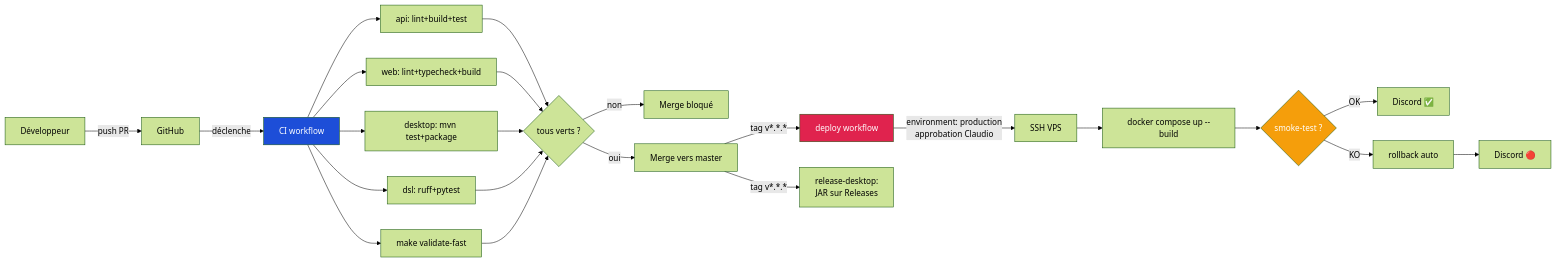
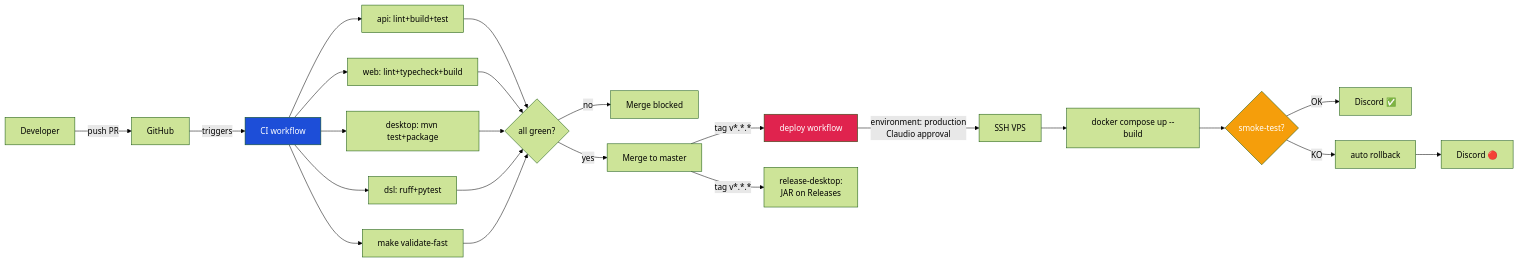
Diagram 20 of 21 in docs/ARCHITECTURE.md (creibaud/QuartierConnect), drawn with Mermaid (forest theme) before and after one commit. The commit also changed other lines of this file and 155 other files, not shown here.

````diff
--- a/docs/ARCHITECTURE.md
+++ b/docs/ARCHITECTURE.md
@@ -824,29 +824,29 @@
 ```mermaid
 graph LR
-    DEV[Développeur] -->|push PR| GH[GitHub]
-    GH -->|déclenche| CI[CI workflow]
+    DEV[Developer] -->|push PR| GH[GitHub]
+    GH -->|triggers| CI[CI workflow]
 
     CI --> J1[api: lint+build+test]
     CI --> J2[web: lint+typecheck+build]
     CI --> J3[desktop: mvn test+package]
     CI --> J4[dsl: ruff+pytest]
     CI --> J5[make validate-fast]
 
-    J1 & J2 & J3 & J4 & J5 --> OK{tous verts ?}
-    OK -->|non| BLOCK[Merge bloqué]
-    OK -->|oui| MERGE[Merge vers master]
+    J1 & J2 & J3 & J4 & J5 --> OK{all green?}
+    OK -->|no| BLOCK[Merge blocked]
+    OK -->|yes| MERGE[Merge to master]
 
     MERGE -->|tag v*.*.*| DEPLOY[deploy workflow]
-    MERGE -->|tag v*.*.*| REL[release-desktop:<br/>JAR sur Releases]
+    MERGE -->|tag v*.*.*| REL[release-desktop:<br/>JAR on Releases]
 
-    DEPLOY -->|environment: production<br/>approbation Claudio| SSH[SSH VPS]
+    DEPLOY -->|environment: production<br/>Claudio approval| SSH[SSH VPS]
     SSH --> BUILD[docker compose up --build]
-    BUILD --> SMOKE{smoke-test ?}
+    BUILD --> SMOKE{smoke-test?}
     SMOKE -->|OK| DISCORD1[Discord ✅]
-    SMOKE -->|KO| RB[rollback auto]
+    SMOKE -->|KO| RB[auto rollback]
     RB --> DISCORD2[Discord 🔴]
 
     style CI fill:#1D4ED8,color:#fff
     style DEPLOY fill:#E0234E,color:#fff
     style SMOKE fill:#f59e0b,color:#fff
 ```
````
